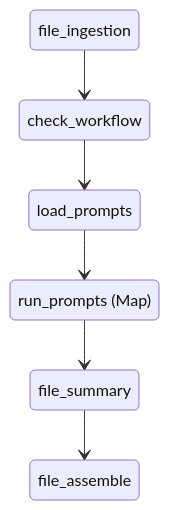
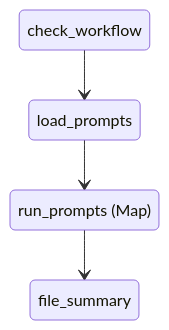
Before and after one commit to ksinha49/ai-workloads: the diagram in docs/summarization_workflow.md, drawn with Mermaid. The commit also changed other lines of this file and 3 other files, not shown here.

````diff
--- a/docs/summarization_workflow.md
+++ b/docs/summarization_workflow.md
@@ -5,9 +5,7 @@
 ```mermaid
 stateDiagram-v2
-    file_ingestion --> check_workflow
     check_workflow --> load_prompts
     load_prompts --> run_prompts_map
     state "run_prompts (Map)" as run_prompts_map
     run_prompts_map --> file_summary
-    file_summary --> file_assemble
 ```
````
